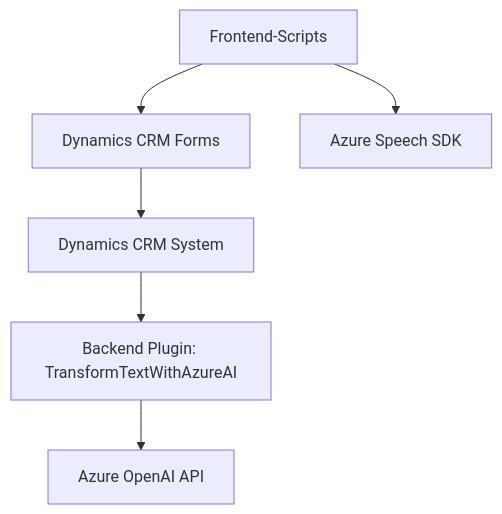
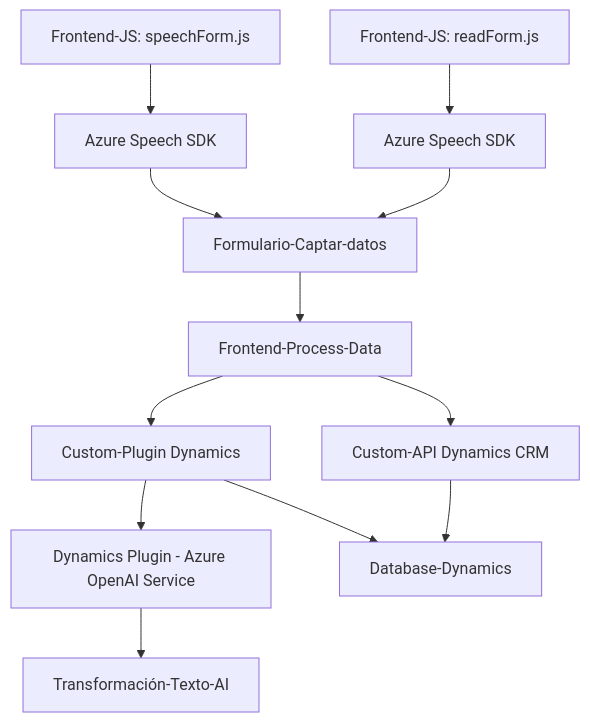
One commit to blopezdm/NETCORE_BILBAO2025 changed the diagram in README.md. Above: the diagram before and after it, drawn with Mermaid. The commit also changed other lines of this file, not shown here.

````diff
--- a/README.md
+++ b/README.md
@@ -51,15 +52,14 @@
 ```mermaid
 graph TD
-    A["Frontend-Scripts"]
-    B["Dynamics CRM Forms"]
-    C["Azure Speech SDK"]
-    D["Backend Plugin: TransformTextWithAzureAI"]
-    E["Azure OpenAI API"]
-    F["Dynamics CRM System"]
-
-    A --> B
-    A --> C
-    B --> F
-    D --> E
-    F --> D
+    A1["Frontend-JS: readForm.js"] --> AZSPDK1["Azure Speech SDK"]
+    A2["Frontend-JS: speechForm.js"] --> AZSPDK2["Azure Speech SDK"]
+    AZSPDK1 --> B["Formulario-Captar-datos"]
+    AZSPDK2 --> B
+    B --> C["Frontend-Process-Data"]
+    C --> D["Custom-API Dynamics CRM"]
+    C --> E["Custom-Plugin Dynamics"]
+    E --> AZAI["Dynamics Plugin - Azure OpenAI Service"]
+    AZAI --> F["Transformación-Texto-AI"]
+    D --> DB["Database-Dynamics"]
+    E --> DB
 ```
````
